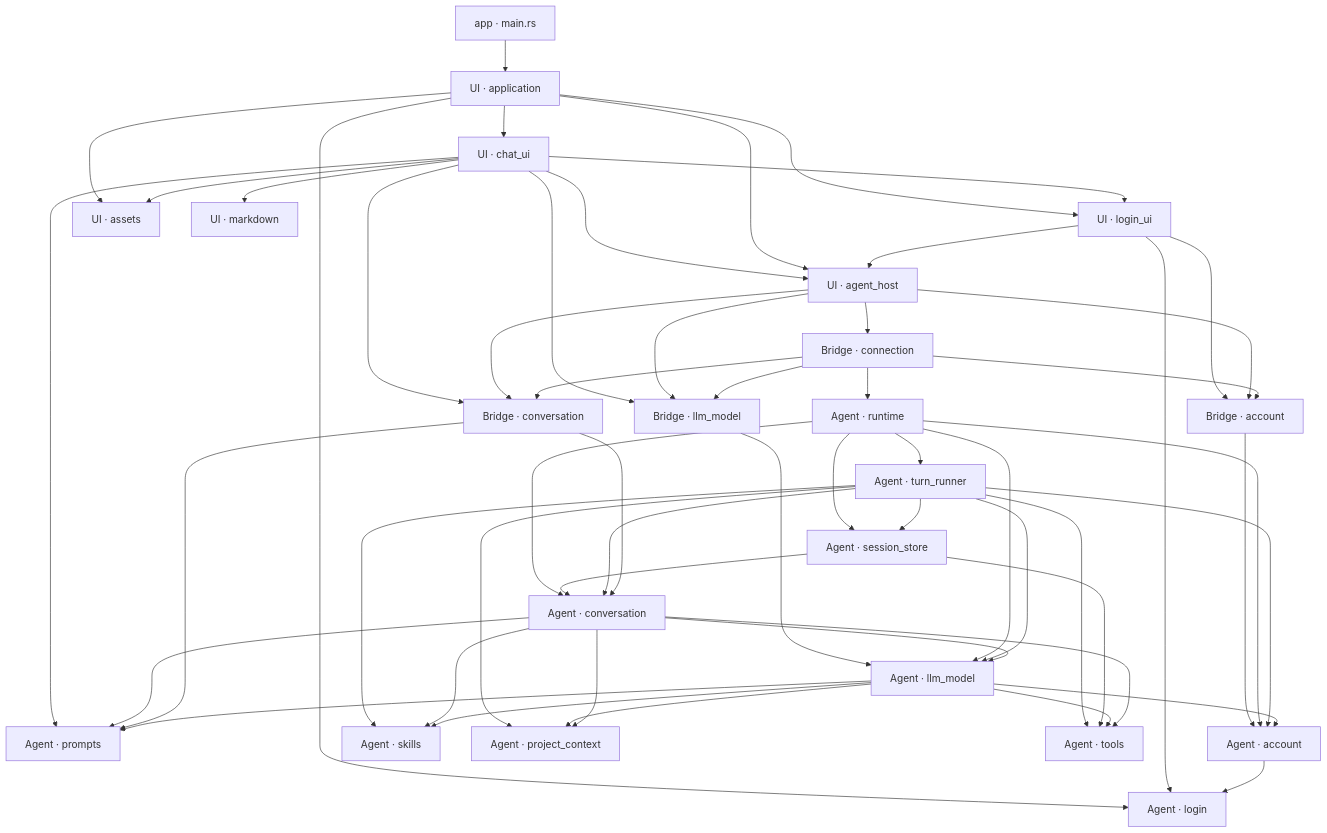
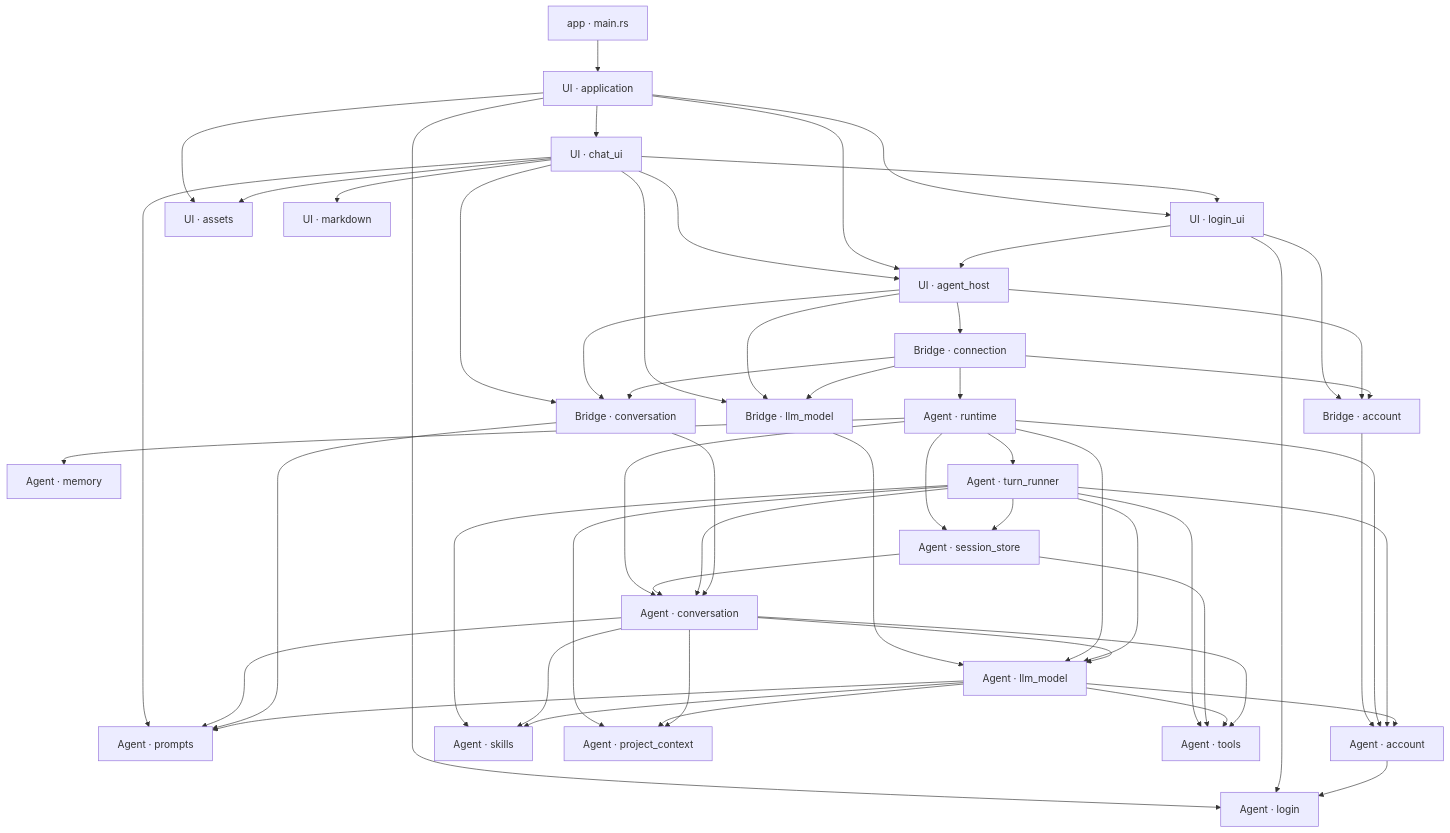
The first of 3 diagrams in docs/design/architecture.md (slc90/Agentelier), drawn with Mermaid before and after one commit. The commit also changed other lines of this file and 10 other files, not shown here.

````diff
--- a/docs/design/architecture.md
+++ b/docs/design/architecture.md
@@ -36,56 +37,57 @@
 ```mermaid
 flowchart TD
     Entry["app · main.rs"] --> App["UI · application"]
     App --> UI["UI · login_ui"]
     App --> Assets["UI · assets"]
     App --> Login["Agent · login"]
     UI --> Login
     App --> ChatUI["UI · chat_ui"]
     ChatUI --> Markdown["UI · markdown"]
     ChatUI --> UI
     ChatUI --> Host
     App --> Host["UI · agent_host"]
     UI --> Host
     Host --> Connection["Bridge · connection"]
     UI --> AccountBridge["Bridge · account"]
     ChatUI --> ModelBridge["Bridge · llm_model"]
     ChatUI --> ConversationBridge["Bridge · conversation"]
     ChatUI --> Prompts["Agent · prompts"]
     ChatUI --> Assets
     Host --> AccountBridge
     Host --> ModelBridge
     Host --> ConversationBridge
     Connection --> Runtime["Agent · runtime"]
     Connection --> AccountBridge
     Connection --> ModelBridge
     Connection --> ConversationBridge
     AccountBridge --> Account["Agent · account"]
     ModelBridge --> Model["Agent · llm_model"]
     Runtime --> Account
     Runtime --> Model
     Runtime --> Conversation["Agent · conversation"]
     Runtime --> SessionStore["Agent · session_store"]
+    Runtime --> Memory["Agent · memory"]
     SessionStore --> Conversation
     Runtime --> Runner["Agent · turn_runner"]
     Runner --> Conversation
     Runner --> Skills["Agent · skills"]
     Conversation --> Skills
     Runner --> ProjectContext["Agent · project_context"]
     Runner --> Model
     Runner --> Account
     Runner --> Tools["Agent · tools"]
     Runner --> SessionStore
     SessionStore --> Tools
     Model --> Skills
     Model --> ProjectContext
     Model --> Tools
     Conversation --> Tools
     Conversation --> Model
     Conversation --> Prompts
     Conversation --> ProjectContext
     ConversationBridge --> Conversation
     ConversationBridge --> Prompts
     Model --> Prompts
     Model --> Account
     Account --> Login
 ```
````
